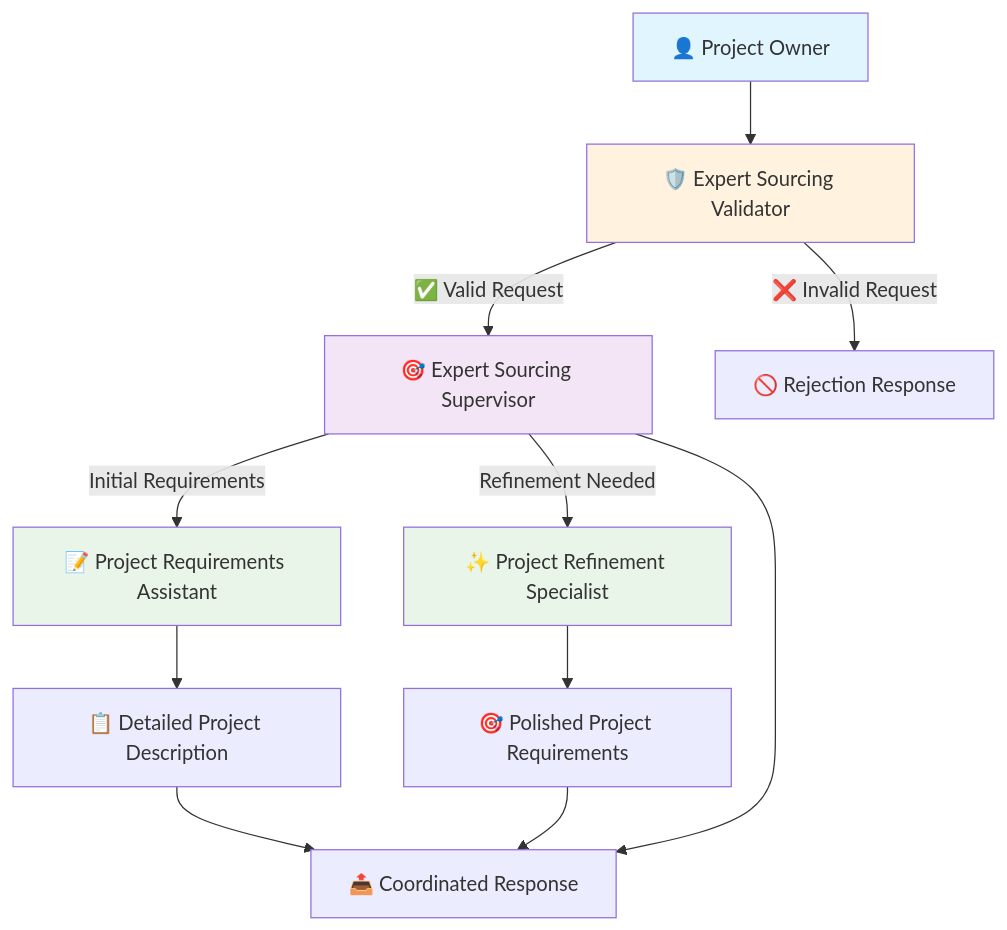
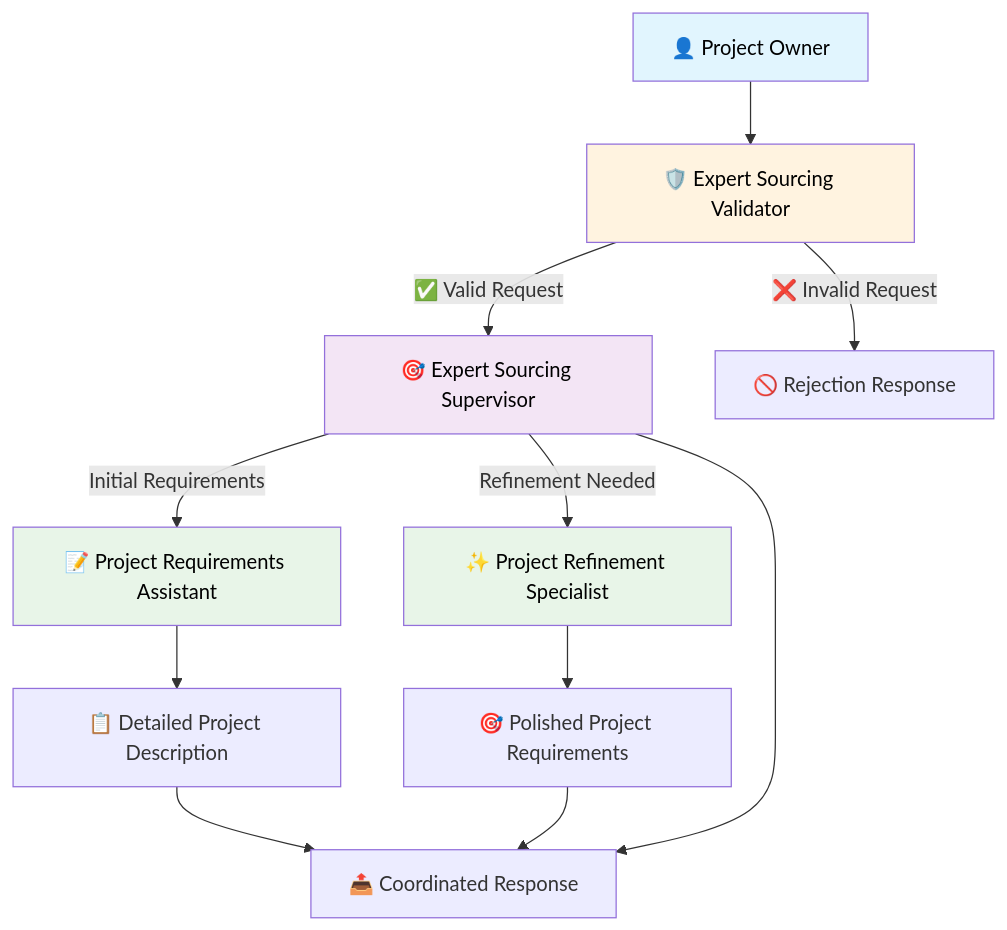
The first of 2 diagrams in README.md (sandrop8/multi-agent-expert-sourcing), drawn with Mermaid before and after one commit. The commit also changed other lines of this file, not shown here.

Commit message:
fix: Improve Mermaid diagram text readability by adding black text color to light backgrounds

````diff
--- a/README.md
+++ b/README.md
@@ -17,22 +17,22 @@
 ```mermaid
 graph TD
     A[👤 Project Owner] --> B[🛡️ Expert Sourcing Validator]
     B -->|✅ Valid Request| C[🎯 Expert Sourcing Supervisor]
     B -->|❌ Invalid Request| D[🚫 Rejection Response]
     
     C -->|Initial Requirements| E[📝 Project Requirements Assistant]
     C -->|Refinement Needed| F[✨ Project Refinement Specialist]
     
     E --> G[📋 Detailed Project Description]
     F --> H[🎯 Polished Project Requirements]
     
     G --> I[📤 Coordinated Response]
     H --> I
     C --> I
     
-    style A fill:#e1f5fe
-    style C fill:#f3e5f5
-    style B fill:#fff3e0
-    style E fill:#e8f5e8
-    style F fill:#e8f5e8
+    style A fill:#e1f5fe,color:#000000
+    style C fill:#f3e5f5,color:#000000
+    style B fill:#fff3e0,color:#000000
+    style E fill:#e8f5e8,color:#000000
+    style F fill:#e8f5e8,color:#000000
 ```
````
